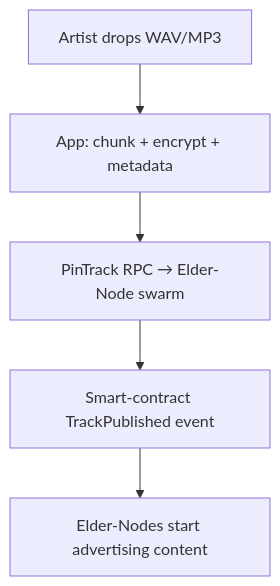
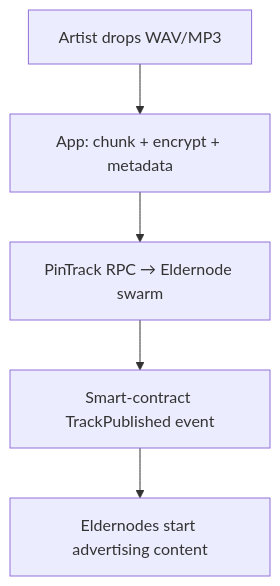
The diagram in P2P_Audio_Architecture.md (usexfg/DIGM), drawn with Mermaid before and after one commit. The commit also changed other lines of this file, not shown here.

Commit message:
Update P2P_Audio_Architecture.md
maybe CODL3 nodes & Eldernodes

````diff
--- a/P2P_Audio_Architecture.md
+++ b/P2P_Audio_Architecture.md
@@ -62,7 +62,7 @@
 ```mermaid
 graph TD
     A[Artist drops WAV/MP3] --> B[App: chunk + encrypt + metadata]
-    B --> C[PinTrack RPC → Elder-Node swarm]
+    B --> C[PinTrack RPC → Eldernode swarm]
     C --> D[Smart-contract TrackPublished event]
-    D --> E[Elder-Nodes start advertising content]
+    D --> E[Eldernodes start advertising content]
 ```
````
